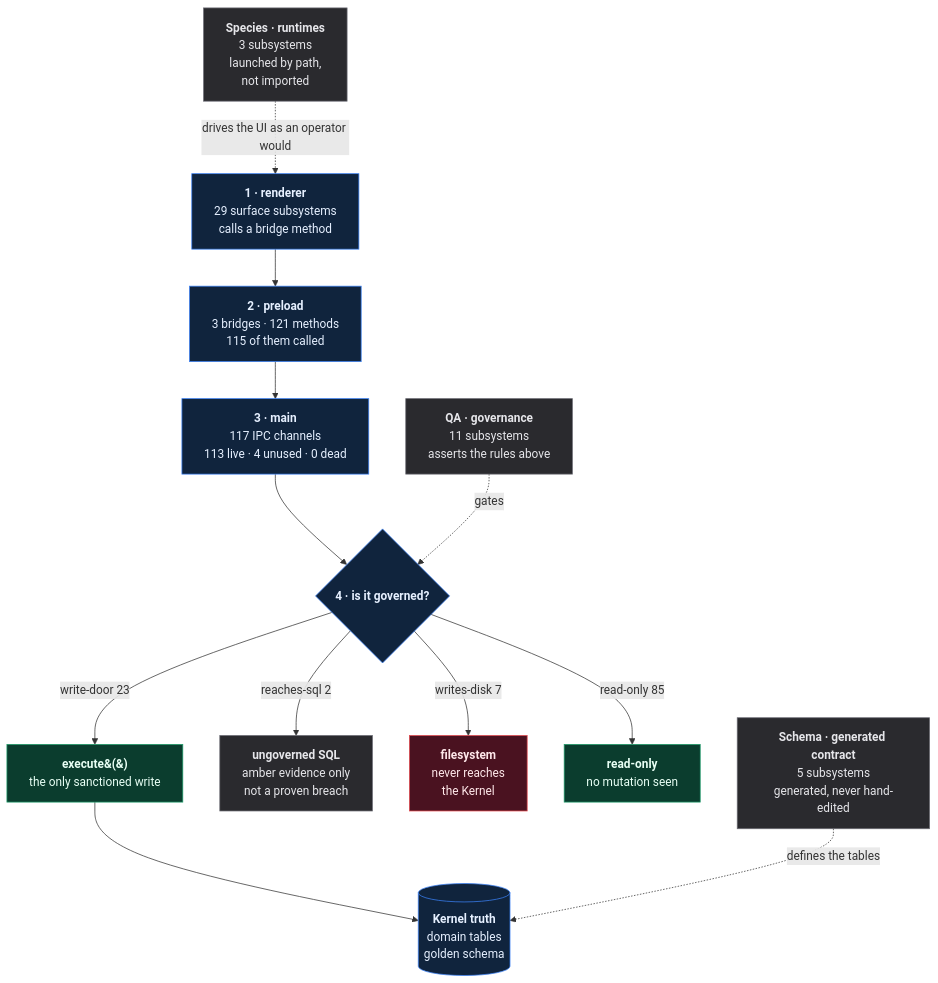
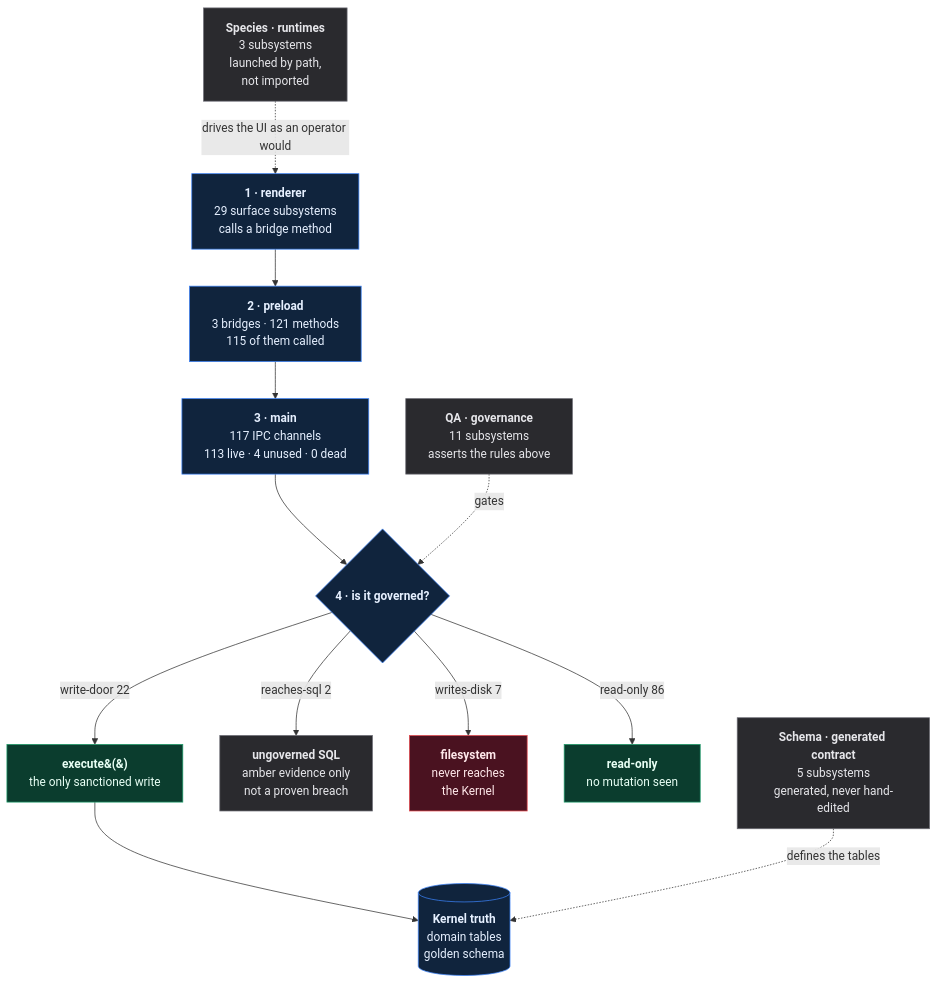
Before and after one commit to SidNig21/QuantFlow-Ontology: the diagram in qf-atlas/ATLAS.md, drawn with Mermaid. The commit also changed other lines of this file and 23 other files, not shown here.

````diff
--- a/qf-atlas/ATLAS.md
+++ b/qf-atlas/ATLAS.md
@@ -32,35 +32,35 @@
 ```mermaid
 flowchart TD
   R["<b>1 · renderer</b><br/>29 surface subsystems<br/>calls a bridge method"]
   P["<b>2 · preload</b><br/>3 bridges · 121 methods<br/>115 of them called"]
   M["<b>3 · main</b><br/>117 IPC channels<br/>113 live · 4 unused · 0 dead"]
   H{"<b>4 · is it governed?</b>"}
   E["<b>execute&#40;&#41;</b><br/>the only sanctioned write"]
   DB[("<b>Kernel truth</b><br/>domain tables<br/>golden schema")]
 
   R --> P --> M --> H
-  H -->|"write-door 23"| E
+  H -->|"write-door 22"| E
   E --> DB
   A["<b>ungoverned SQL</b><br/>amber evidence only<br/>not a proven breach"]
   H -->|"reaches-sql 2"| A
   FS["<b>filesystem</b><br/>never reaches<br/>the Kernel"]
   H -->|"writes-disk 7"| FS
   RO["<b>read-only</b><br/>no mutation seen"]
-  H -->|"read-only 85"| RO
+  H -->|"read-only 86"| RO
 
   QA["<b>QA · governance</b><br/>11 subsystems<br/>asserts the rules above"]
   SP["<b>Species · runtimes</b><br/>3 subsystems<br/>launched by path,<br/>not imported"]
   SC["<b>Schema · generated contract</b><br/>5 subsystems<br/>generated, never hand-edited"]
   QA -.->|"gates"| H
   SC -.->|"defines the tables"| DB
   SP -.->|"drives the UI as an operator would"| R
 
   classDef good fill:#0b3d2e,stroke:#1f9d6b,color:#e8fff5
   classDef bad fill:#4a1220,stroke:#e5484d,color:#ffe8ea
   classDef gray fill:#2a2a2e,stroke:#6b6b73,color:#e6e6ea
   classDef truth fill:#10243d,stroke:#3b82f6,color:#e6f0ff
   class E,RO good
   class FS bad
   class A,QA,SP,SC gray
   class DB,R,P,M,H truth
 ```
````
